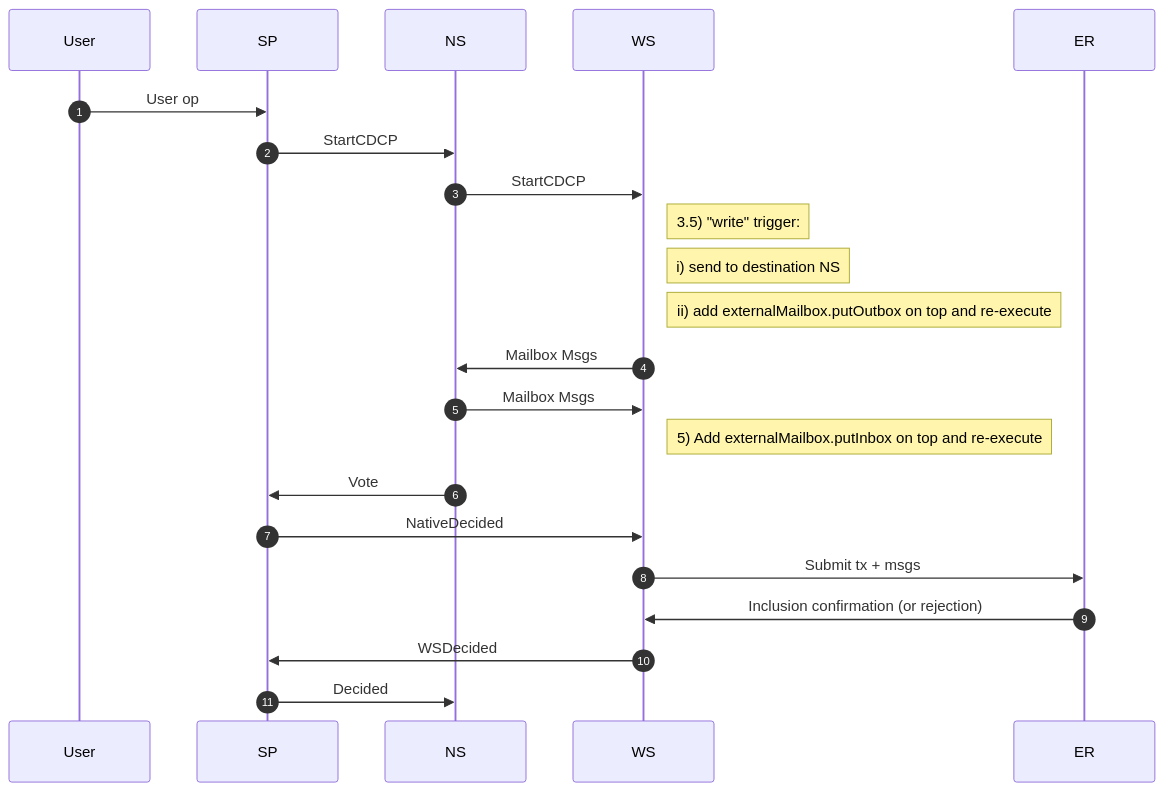
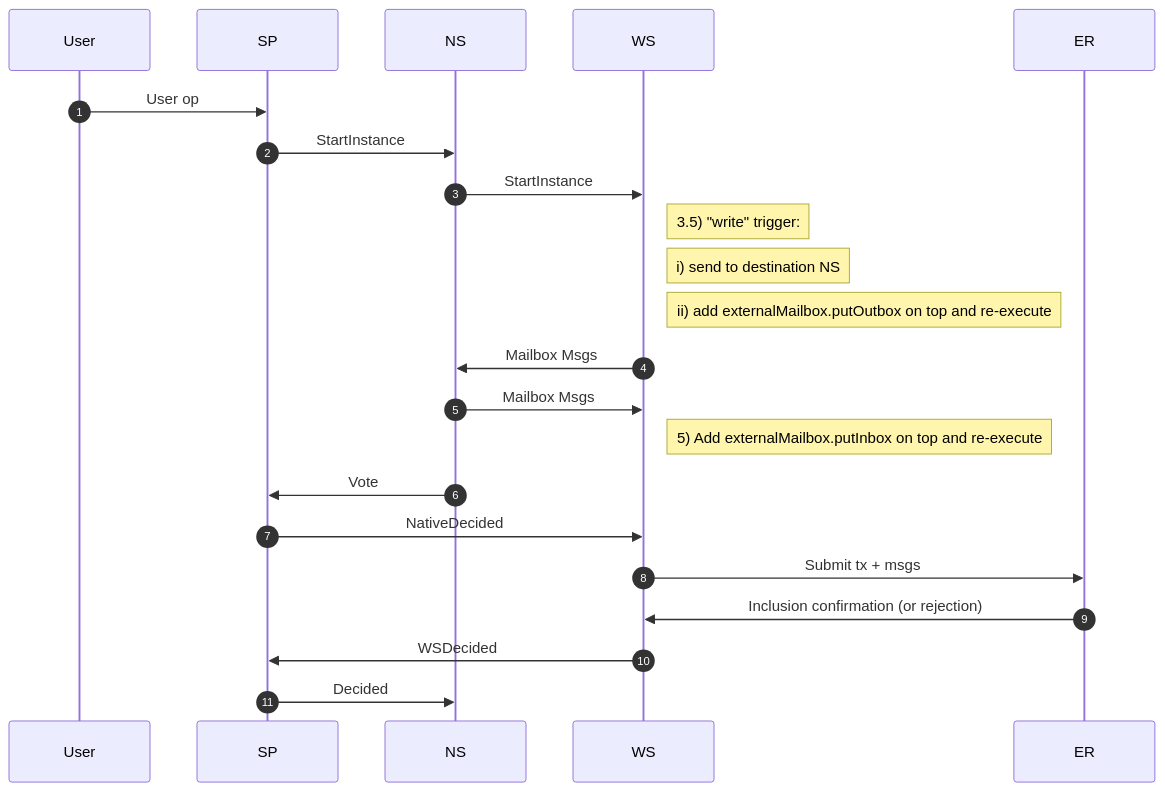
Before and after one commit to compose-network/specs: the fourth of 4 diagrams in cross_domain_composability_protocol.md, drawn with Mermaid. The commit also changed other lines of this file, not shown here.

Commit message:
add intuition section and diagrams

````diff
--- a/cross_domain_composability_protocol.md
+++ b/cross_domain_composability_protocol.md
@@ -223,36 +325,36 @@
 ```mermaid
 sequenceDiagram
     autonumber
 
     participant User
     participant SP
     participant NS
     participant WS
     participant ER
 
     User->>SP: User op
 
-    SP->>NS: StartCDCP
-    NS->>WS: StartCDCP
+    SP->>NS: StartInstance
+    NS->>WS: StartInstance
 
     Note right of WS:3.5) "write" trigger:
     Note right of WS:i) send to destination NS
     Note right of WS:ii) add externalMailbox.putOutbox on top and re-execute
 
     WS->>NS: Mailbox Msgs
 
     NS->>WS: Mailbox Msgs
     Note right of WS:5) Add externalMailbox.putInbox on top and re-execute
 
 
     NS->>SP: Vote
 
     SP->>WS: NativeDecided
 
     WS->>ER: Submit tx + msgs
     ER->>WS: Inclusion confirmation (or rejection)
 
     WS->>SP: WSDecided
 
     SP->>NS: Decided
 ```
````
